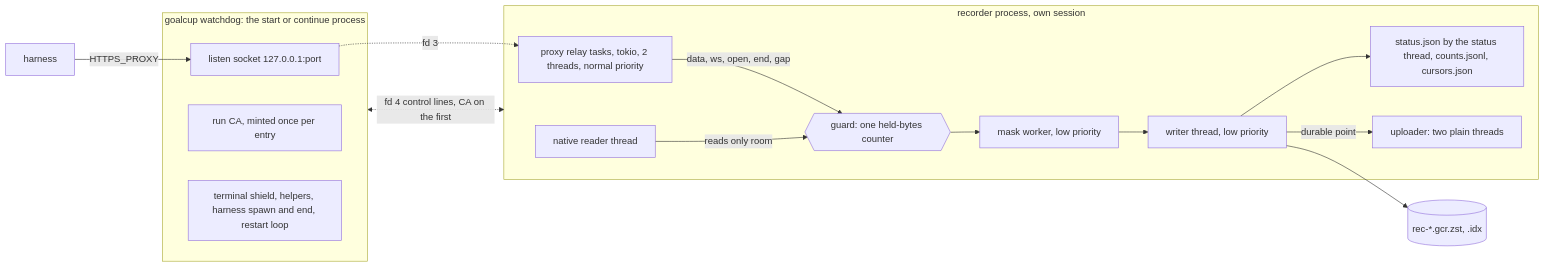
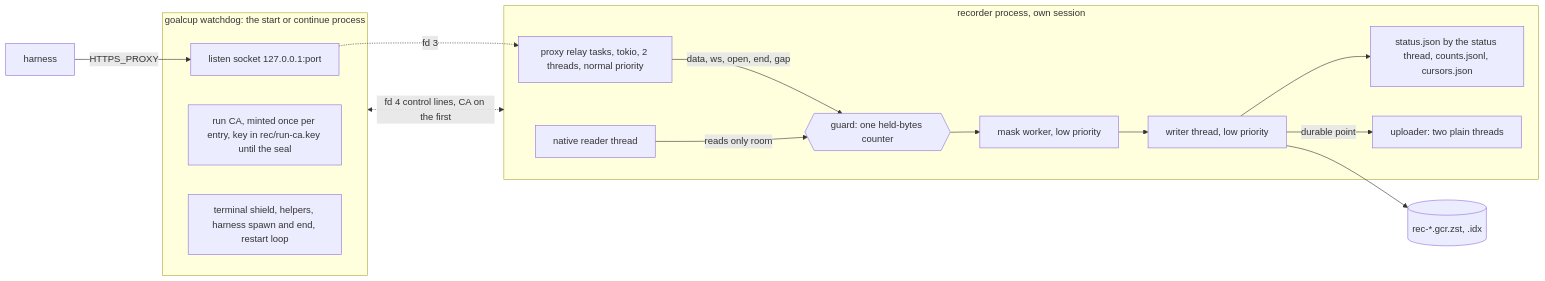
The diagram in docs/plans/2026-10-30-v1.0/PRD-02-recorder-core.md (agentcommunity/goal-cup-proxy), drawn with Mermaid before and after one commit. The commit also changed other lines of this file and 15 other files, not shown here.

````diff
--- a/docs/plans/2026-10-30-v1.0/PRD-02-recorder-core.md
+++ b/docs/plans/2026-10-30-v1.0/PRD-02-recorder-core.md
@@ -79,25 +91,25 @@
 ```mermaid
 flowchart LR
   subgraph W[goalcup watchdog: the start or continue process]
     LS[listen socket 127.0.0.1:port]
-    CA[run CA, minted once per entry]
+    CA[run CA, minted once per entry, key in rec/run-ca.key until the seal]
     SH[terminal shield, helpers, harness spawn and end, restart loop]
   end
   H[harness] -- HTTPS_PROXY --> LS
   subgraph R[recorder process, own session]
     PX[proxy relay tasks, tokio, 2 threads, normal priority]
     NR[native reader thread]
     G{{guard: one held-bytes counter}}
     MW[mask worker, low priority]
     WT[writer thread, low priority]
     ST[status.json by the status thread, counts.jsonl, cursors.json]
     UP[uploader: two plain threads]
   end
   LS -. fd 3 .-> PX
   PX -- data, ws, open, end, gap --> G
   NR -- reads only room --> G
   G --> MW --> WT --> PARTS[(rec-*.gcr.zst, .idx)]
   WT --> ST
   WT -- durable point --> UP
   W <-. fd 4 control lines, CA on the first .-> R
 ```
````
